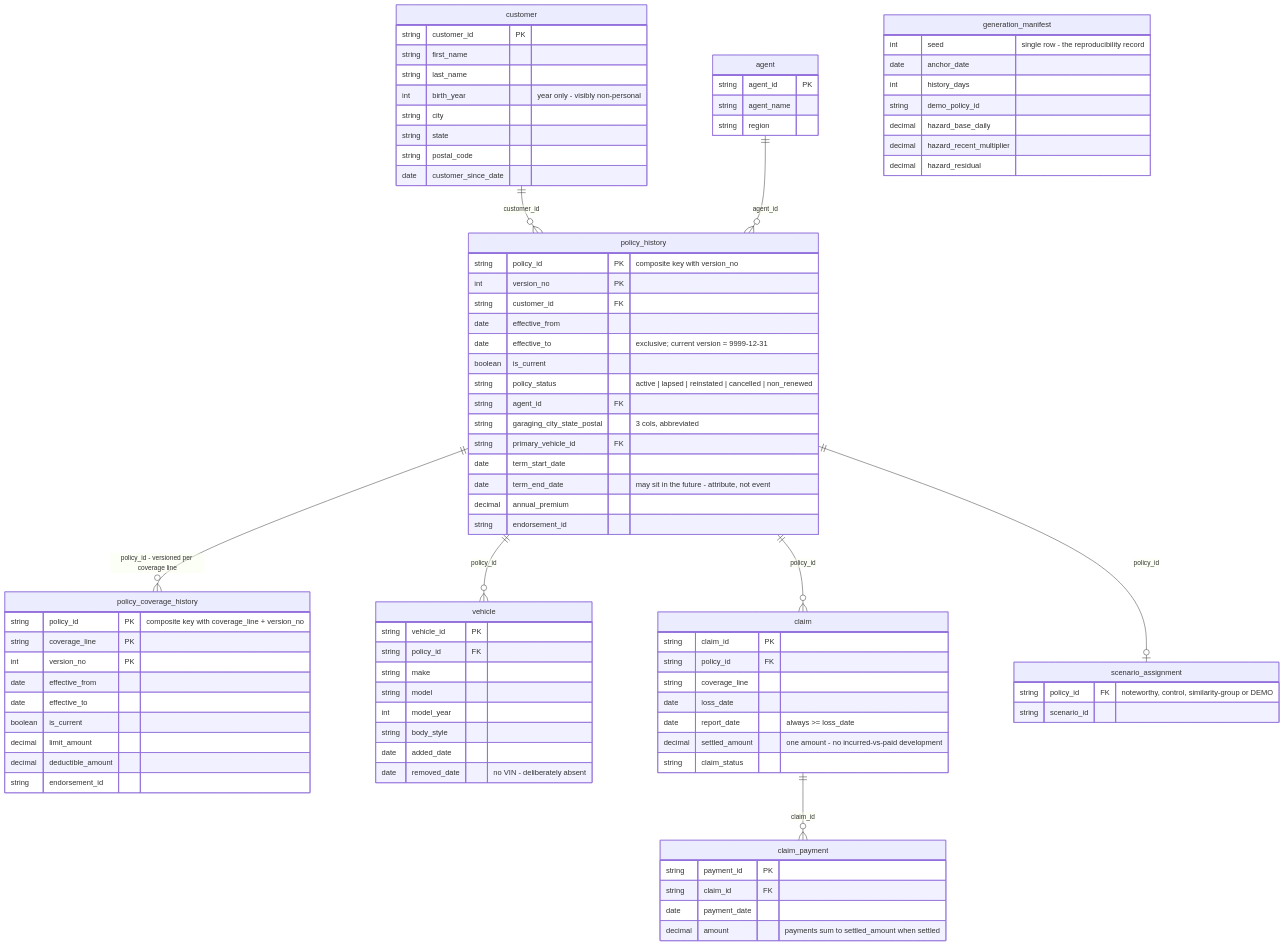
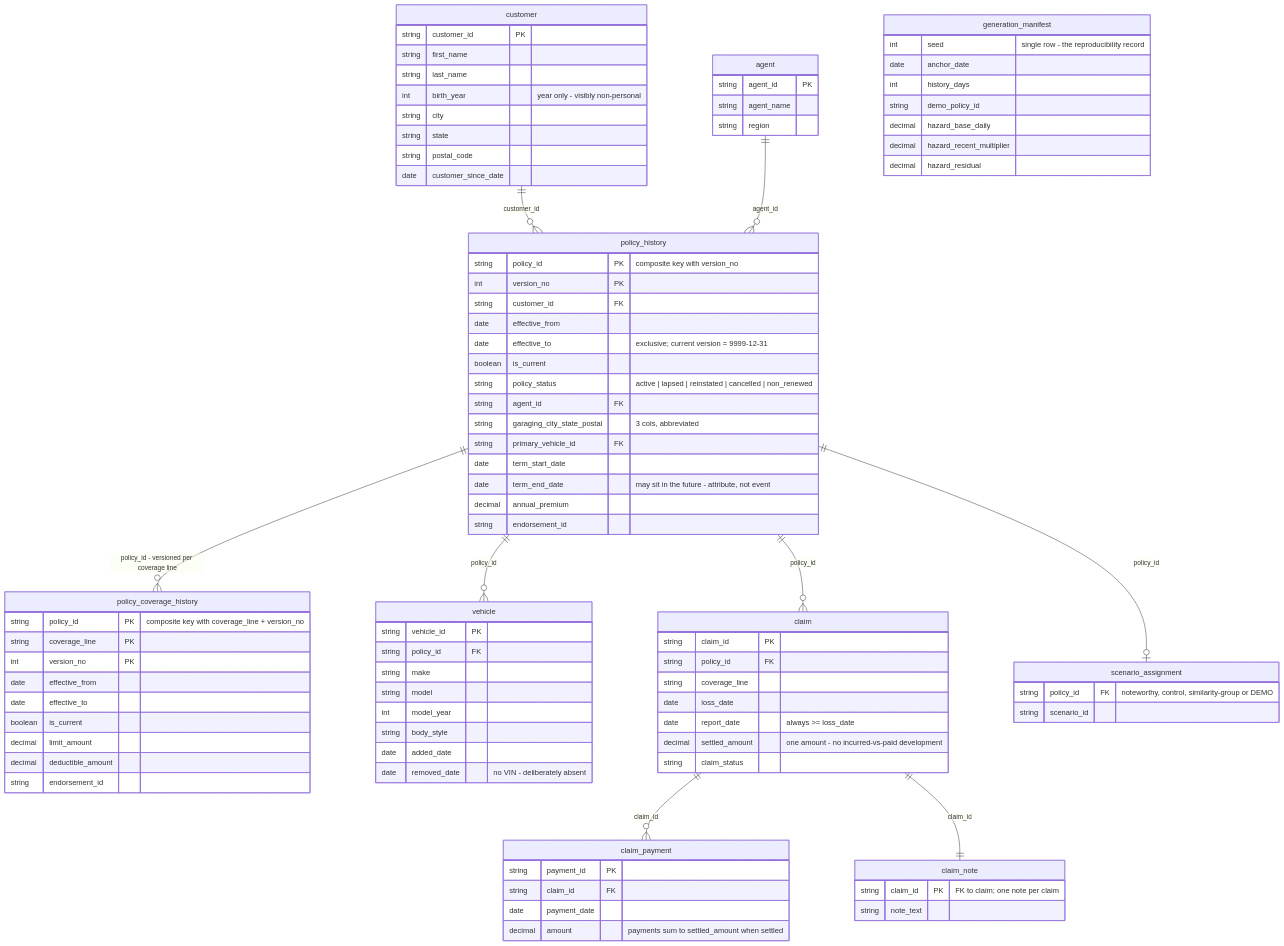
One commit to Sushruth-TechFabric/policy-time-machine changed the diagram in docs/diagrams/06-er-raw-layer.mmd. Above: the diagram before and after it, drawn with Mermaid. The commit also changed 1 other file, not shown here.

Commit message:
Diagram 6: claim_note in the source-layer ER source and its rendered SVG, matching spec 01

```diff
--- a/docs/diagrams/06-er-raw-layer.mmd
+++ b/docs/diagrams/06-er-raw-layer.mmd
@@ -1,91 +1,96 @@
 %% Diagram 6 — The bronze raw layer (source tables + generator artefacts). Audience: data model spec.
 %% Embedded in docs/specs/01-data-model-and-synthetic-data.md §3. Never exposed to Genie (ADR-0002); medallion layout per ADR-0016.
 erDiagram
     customer {
         string customer_id PK
         string first_name
         string last_name
         int birth_year "year only - visibly non-personal"
         string city
         string state
         string postal_code
         date customer_since_date
     }
     policy_history {
         string policy_id PK "composite key with version_no"
         int version_no PK
         string customer_id FK
         date effective_from
         date effective_to "exclusive; current version = 9999-12-31"
         boolean is_current
         string policy_status "active | lapsed | reinstated | cancelled | non_renewed"
         string agent_id FK
         string garaging_city_state_postal "3 cols, abbreviated"
         string primary_vehicle_id FK
         date term_start_date
         date term_end_date "may sit in the future - attribute, not event"
         decimal annual_premium
         string endorsement_id
     }
     policy_coverage_history {
         string policy_id PK "composite key with coverage_line + version_no"
         string coverage_line PK
         int version_no PK
         date effective_from
         date effective_to
         boolean is_current
         decimal limit_amount
         decimal deductible_amount
         string endorsement_id
     }
     vehicle {
         string vehicle_id PK
         string policy_id FK
         string make
         string model
         int model_year
         string body_style
         date added_date
         date removed_date "no VIN - deliberately absent"
     }
     agent {
         string agent_id PK
         string agent_name
         string region
     }
     claim {
         string claim_id PK
         string policy_id FK
         string coverage_line
         date loss_date
         date report_date "always >= loss_date"
         decimal settled_amount "one amount - no incurred-vs-paid development"
         string claim_status
     }
     claim_payment {
         string payment_id PK
         string claim_id FK
         date payment_date
         decimal amount "payments sum to settled_amount when settled"
     }
+    claim_note {
+        string claim_id PK "FK to claim; one note per claim"
+        string note_text
+    }
     scenario_assignment {
         string policy_id FK "noteworthy, control, similarity-group or DEMO"
         string scenario_id
     }
     generation_manifest {
         int seed "single row - the reproducibility record"
         date anchor_date
         int history_days
         string demo_policy_id
         decimal hazard_base_daily
         decimal hazard_recent_multiplier
         decimal hazard_residual
     }
 
     customer ||--o{ policy_history : "customer_id"
     agent ||--o{ policy_history : "agent_id"
     policy_history ||--o{ policy_coverage_history : "policy_id - versioned per coverage line"
     policy_history ||--o{ vehicle : "policy_id"
     policy_history ||--o{ claim : "policy_id"
     claim ||--o{ claim_payment : "claim_id"
+    claim ||--|| claim_note : "claim_id"
     policy_history ||--o| scenario_assignment : "policy_id"
```
